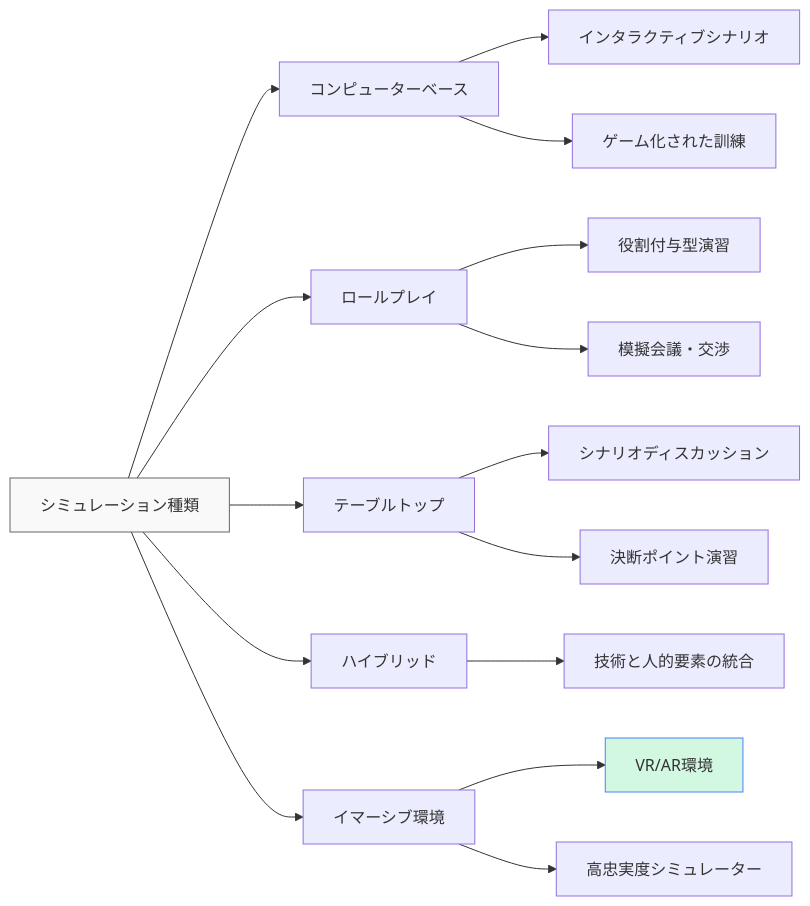
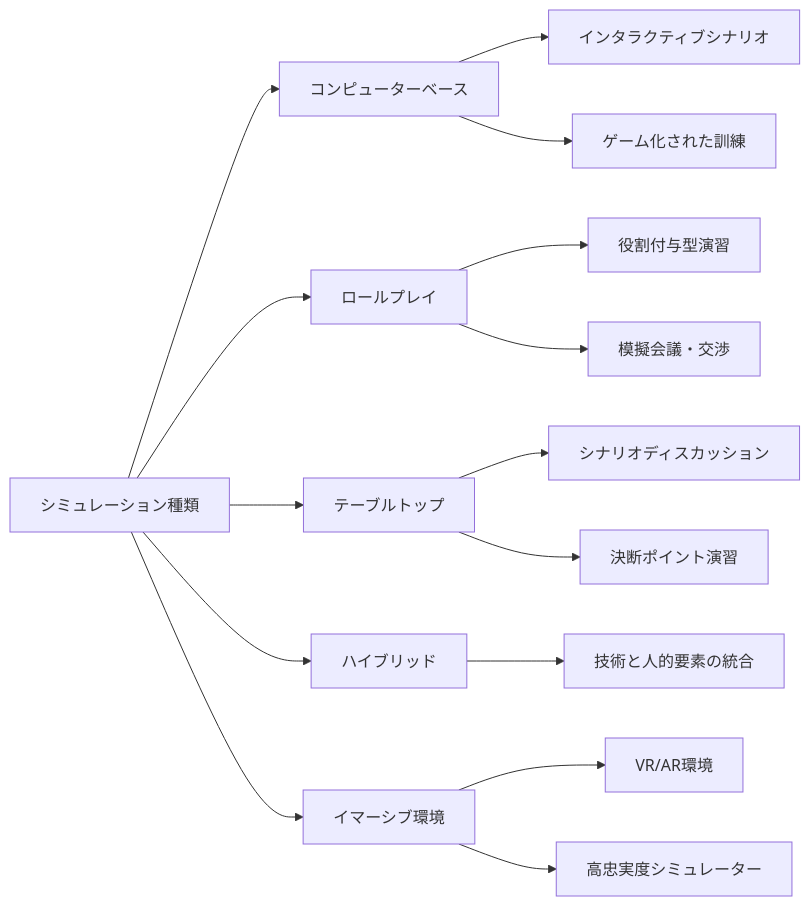
Before and after one commit to shuji-bonji/Situational-Awareness-and-Decision-Making: the second of 8 diagrams in docs/decision-making-guide/decision-training.md, drawn with Mermaid. The commit also changed other lines of this file and 49 other files, not shown here.

Commit message:
fix: ダークモードで見づらい図の色の変更

````diff
--- a/docs/decision-making-guide/decision-training.md
+++ b/docs/decision-making-guide/decision-training.md
@@ -72,25 +72,25 @@
 ```mermaid
 graph LR
     A[シミュレーション種類] --> B[コンピューターベース]
     A --> C[ロールプレイ]
     A --> D[テーブルトップ]
     A --> E[ハイブリッド]
     A --> F[イマーシブ環境]
     
     B --> B1[インタラクティブシナリオ]
     B --> B2[ゲーム化された訓練]
     
     C --> C1[役割付与型演習]
     C --> C2[模擬会議・交渉]
     
     D --> D1[シナリオディスカッション]
     D --> D2[決断ポイント演習]
     
     E --> E1[技術と人的要素の統合]
     
     F --> F1[VR/AR環境]
     F --> F2[高忠実度シミュレーター]
     
-    style A fill:#f9f9f9,stroke:#666
-    style F1 fill:#d3f8e2,stroke:#4d7fff
+
+
 ```
````
